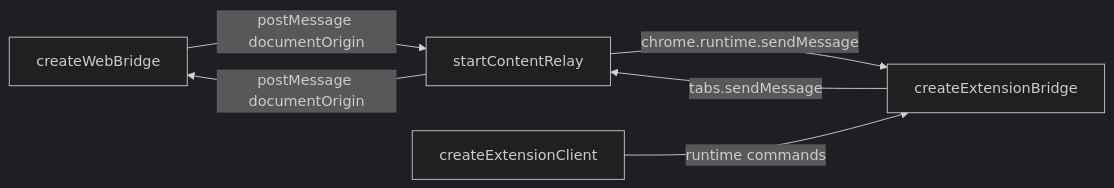
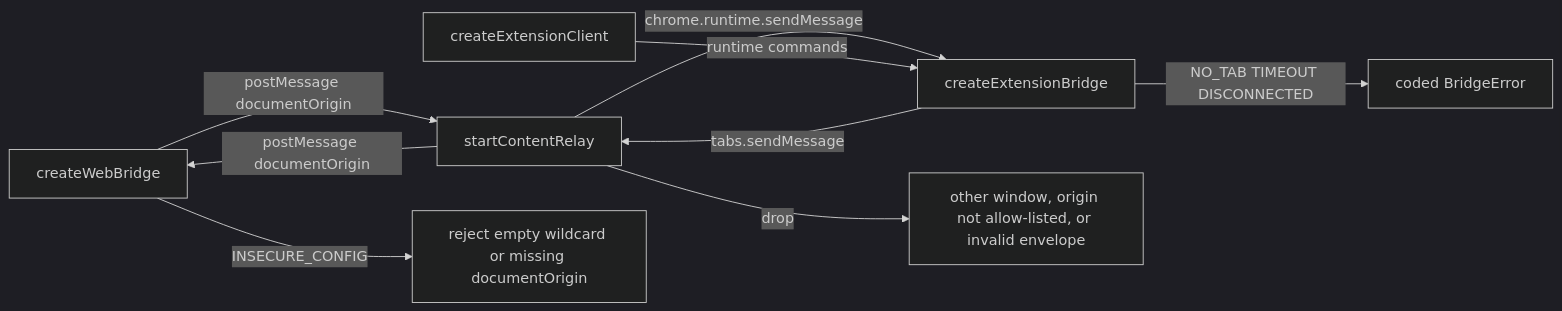
Before and after one commit to webex/webex-js-sdk: the first of 3 diagrams in packages/@webex/web-extension-bridge/docs/architecture.md, drawn with Mermaid (dark theme). The commit also changed other lines of this file and 3 other files, not shown here.

Commit message:
docs(web-extension-bridge): add hop failure paths to Stage 0 mermaid (SPARK-853132)

````diff
--- a/packages/@webex/web-extension-bridge/docs/architecture.md
+++ b/packages/@webex/web-extension-bridge/docs/architecture.md
@@ -69,8 +69,11 @@
 ```mermaid
 flowchart LR
   Page[createWebBridge] -->|postMessage documentOrigin| Relay[startContentRelay]
   Relay -->|chrome.runtime.sendMessage| Worker[createExtensionBridge]
   Popup[createExtensionClient] -->|runtime commands| Worker
   Worker -->|tabs.sendMessage| Relay
   Relay -->|postMessage documentOrigin| Page
+  Page -->|INSECURE_CONFIG| PageCfg[reject empty wildcard or missing documentOrigin]
+  Relay -->|drop| Drop[other window, origin not allow-listed, or invalid envelope]
+  Worker -->|NO_TAB TIMEOUT DISCONNECTED| WorkerErr[coded BridgeError]
 ```
````
